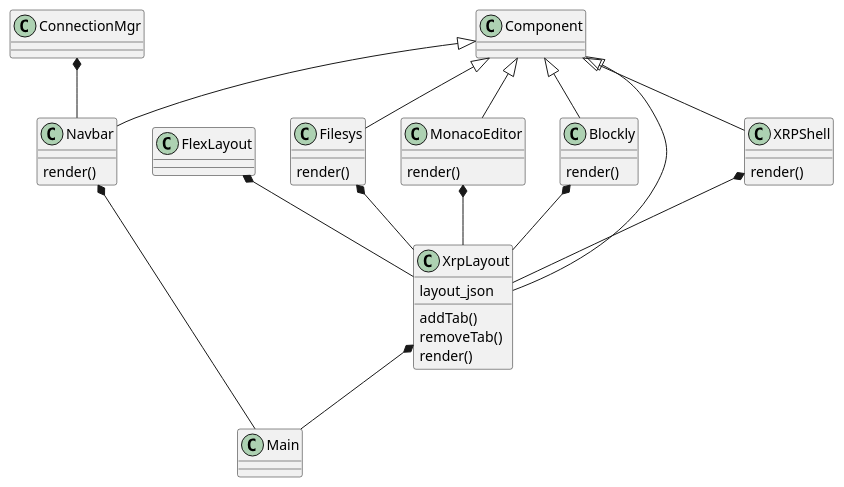
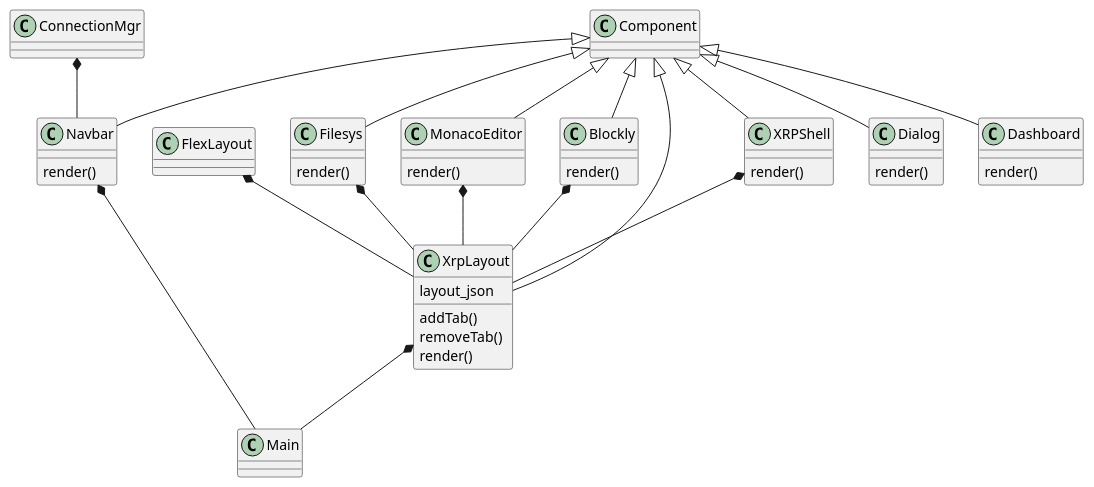
Before and after one commit to Open-STEM/XRPWeb: the sixth of 10 diagrams in docs/XRP Software Architecture.md, drawn with PlantUML.

Commit message:
Updated Architecture docs

````diff
--- a/docs/XRP Software Architecture.md
+++ b/docs/XRP Software Architecture.md
@@ -227,44 +227,54 @@
 ```plantuml
 @startuml
     class ConnectionMgr
     class FlexLayout
     class Component
     class Filesys {
         render()
     }
     class MonacoEditor {
         render()
     }
     class Blockly {
         render()
     }
     class Main
     class XrpLayout {
         layout_json
         addTab()
         removeTab()
         render()
     }
     class XRPShell {
         render()
     }
     class Navbar {
         render()
     }
 
+    class Dialog {
+        render()
+    }
+
+    class Dashboard {
+        render()
+    }
+
     Component <|-- Navbar
     Component <|-- XrpLayout
     Component <|-- XRPShell
     Component <|-- Filesys
     Component <|-- Blockly
     Component <|-- MonacoEditor
+    Component <|-- Dialog
+    Component <|-- Dashboard
     ConnectionMgr *-- Navbar
     FlexLayout *-- XrpLayout
     MonacoEditor *-- XrpLayout
     Blockly *-- XrpLayout
     Filesys *-- XrpLayout
     XRPShell *-- XrpLayout
     Navbar *-- Main
     XrpLayout *-- Main
 @enduml
 ```
````
